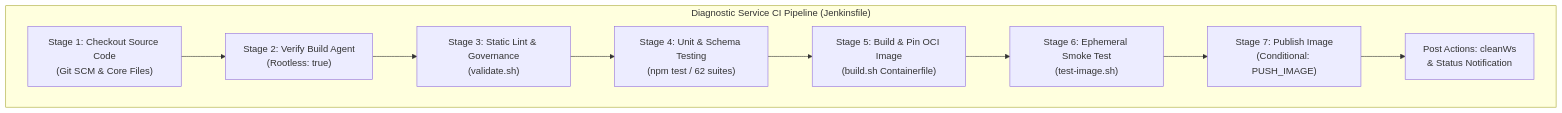
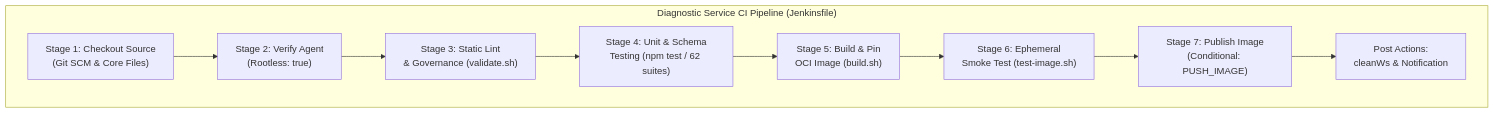
One commit to edkas07-oss/devops-handbook changed the first of 2 diagrams in docs/projects/tomcat-monitoring/engineering-journal/continuous-integration-and-deployment/TN-004-implement-production-ready-ci-pipeline-for-diagnostic-service.md. Above: the diagram before and after it, drawn with Mermaid. The commit also changed other lines of this file and 5 other files, not shown here.

Commit message:
docs(journal): polish mermaid box labels, headings, and roadmap numbering in ci-cd journals

````diff
--- a/docs/projects/tomcat-monitoring/engineering-journal/continuous-integration-and-deployment/TN-004-implement-production-ready-ci-pipeline-for-diagnostic-service.md
+++ b/docs/projects/tomcat-monitoring/engineering-journal/continuous-integration-and-deployment/TN-004-implement-production-ready-ci-pipeline-for-diagnostic-service.md
@@ -94,15 +94,15 @@
 ```mermaid
 flowchart TD
     subgraph CI_Pipeline["Diagnostic Service CI Pipeline (Jenkinsfile)"]
-        S1["Stage 1: Checkout Source Code<br/>(Git SCM & Core Files)"]
-        S2["Stage 2: Verify Build Agent<br/>(Rootless: true)"]
-        S3["Stage 3: Static Lint & Governance<br/>(validate.sh)"]
-        S4["Stage 4: Unit & Schema Testing<br/>(npm test / 62 suites)"]
-        S5["Stage 5: Build & Pin OCI Image<br/>(build.sh Containerfile)"]
-        S6["Stage 6: Ephemeral Smoke Test<br/>(test-image.sh)"]
+        S1["Stage 1: Checkout Source<br/>(Git SCM & Core Files)"]
+        S2["Stage 2: Verify Agent<br/>(Rootless: true)"]
+        S3["Stage 3: Static Lint<br/>& Governance (validate.sh)"]
+        S4["Stage 4: Unit & Schema<br/>Testing (npm test / 62 suites)"]
+        S5["Stage 5: Build & Pin<br/>OCI Image (build.sh)"]
+        S6["Stage 6: Ephemeral<br/>Smoke Test (test-image.sh)"]
         S7["Stage 7: Publish Image<br/>(Conditional: PUSH_IMAGE)"]
-        P1["Post Actions: cleanWs<br/>& Status Notification"]
+        P1["Post Actions:<br/>cleanWs & Notification"]
 
         S1 --> S2 --> S3 --> S4 --> S5 --> S6 --> S7 --> P1
     end
 ```
````
